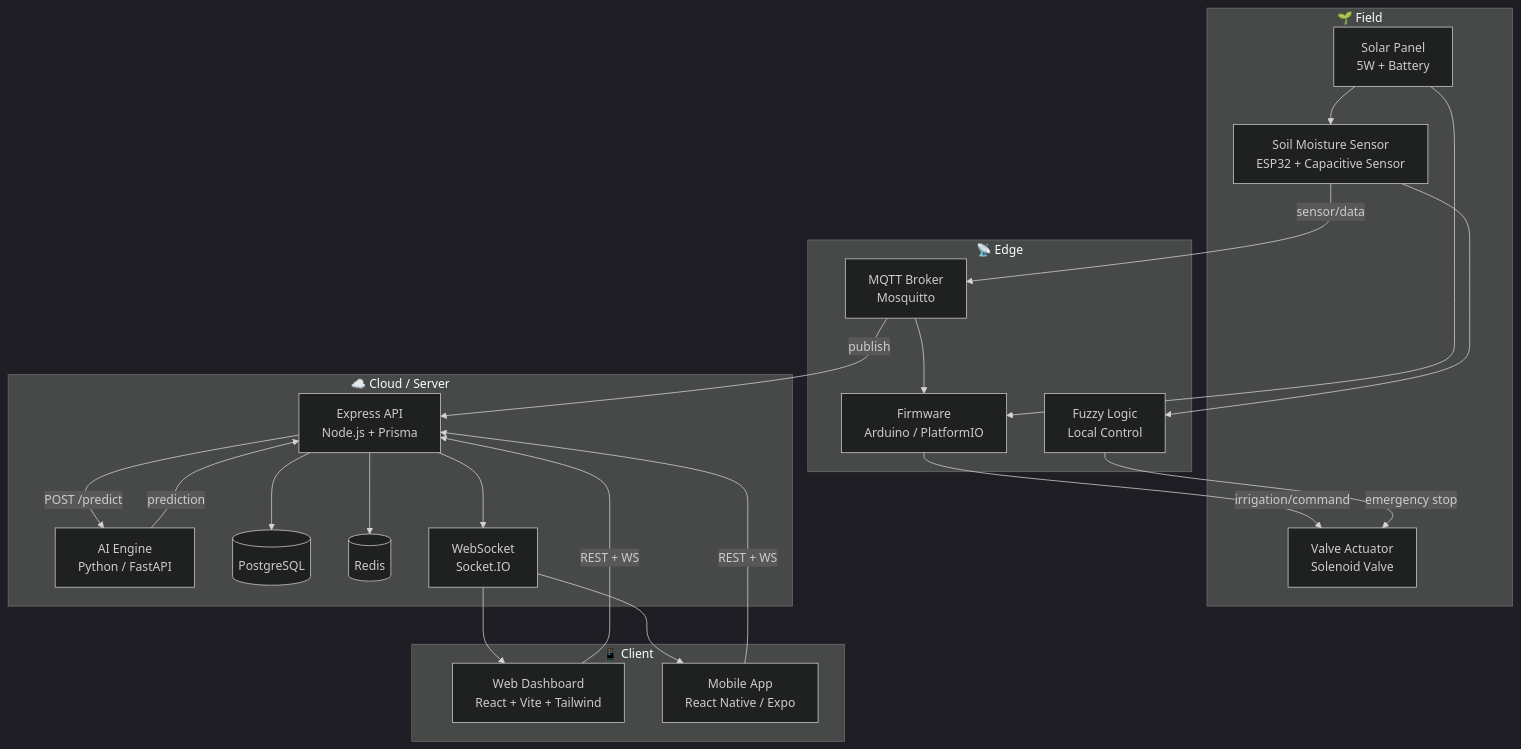
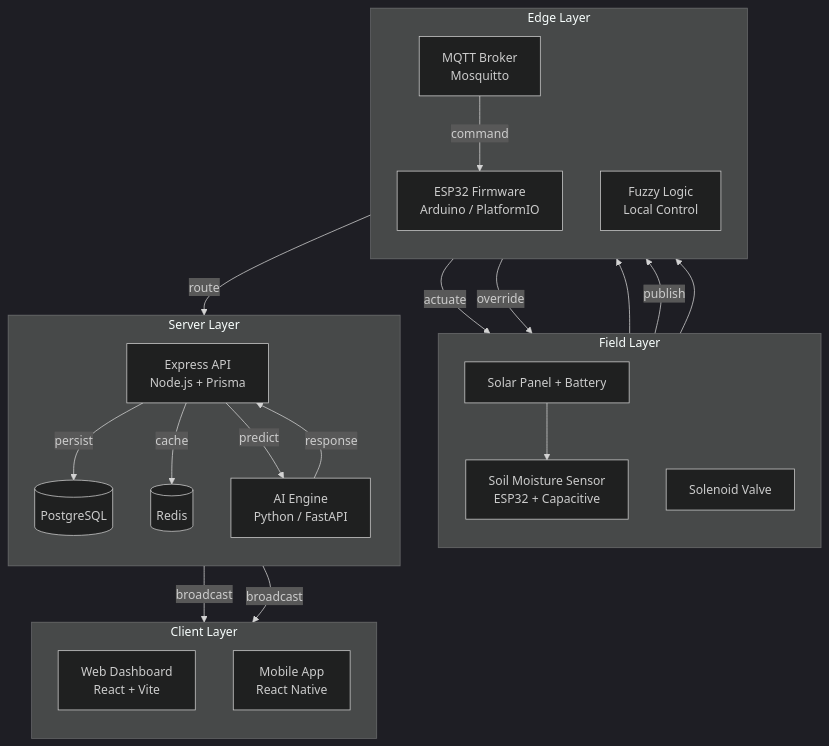
Before and after one commit to kawacukennedy/hydro_orbit: the first of 2 diagrams in README.md, drawn with Mermaid (dark theme). The commit also changed other lines of this file, not shown here.

Commit message:
fix: replace SVG logo with ASCII art, fix Mermaid architecture diagram rendering

````diff
--- a/README.md
+++ b/README.md
@@ -83,45 +88,45 @@
 ```mermaid
-graph TB
-    subgraph Field["🌱 Field"]
-        S[Soil Moisture Sensor<br/>ESP32 + Capacitive Sensor]
-        V[Valve Actuator<br/>Solenoid Valve]
-        P[Solar Panel<br/>5W + Battery]
+flowchart TD
+    subgraph Field["Field Layer"]
+        direction TB
+        S["Soil Moisture Sensor<br/>ESP32 + Capacitive"]
+        V["Solenoid Valve"]
+        P["Solar Panel + Battery"]
     end
 
-    subgraph Edge["📡 Edge"]
-        F[Firmware<br/>Arduino / PlatformIO]
-        FL[Fuzzy Logic<br/>Local Control]
-        MQTT[MQTT Broker<br/>Mosquitto]
+    subgraph Edge["Edge Layer"]
+        direction TB
+        F["ESP32 Firmware<br/>Arduino / PlatformIO"]
+        FL["Fuzzy Logic<br/>Local Control"]
+        M["MQTT Broker<br/>Mosquitto"]
     end
 
-    subgraph Cloud["☁️ Cloud / Server"]
-        API[Express API<br/>Node.js + Prisma]
-        AI[AI Engine<br/>Python / FastAPI]
-        DB[(PostgreSQL)]
-        RD[(Redis)]
-        WS[WebSocket<br/>Socket.IO]
+    subgraph Server["Server Layer"]
+        direction TB
+        API["Express API<br/>Node.js + Prisma"]
+        AI["AI Engine<br/>Python / FastAPI"]
+        DB[("PostgreSQL")]
+        RD[("Redis")]
     end
 
-    subgraph Client["📱 Client"]
-        WEB[Web Dashboard<br/>React + Vite + Tailwind]
-        MOBILE[Mobile App<br/>React Native / Expo]
+    subgraph Client["Client Layer"]
+        direction TB
+        WEB["Web Dashboard<br/>React + Vite"]
+        MOBILE["Mobile App<br/>React Native"]
     end
 
-    S -->|sensor/data| MQTT
-    MQTT -->|publish| API
-    MQTT --> F
-    F -->|irrigation/command| V
-    S --> FL
-    FL -->|emergency stop| V
-    API --> DB
-    API --> RD
-    API -->|POST /predict| AI
-    AI -->|prediction| API
-    API --> WS
-    WS --> WEB
-    WS --> MOBILE
-    WEB -->|REST + WS| API
-    MOBILE -->|REST + WS| API
     P --> S
     P --> F
+    S -->|publish| M
+    M -->|route| API
+    M -->|command| F
+    F -->|actuate| V
+    S --> FL
+    FL -->|override| V
+    API -->|persist| DB
+    API -->|cache| RD
+    API -->|predict| AI
+    AI -->|response| API
+    API -->|broadcast| WEB
+    API -->|broadcast| MOBILE
 ```
````
